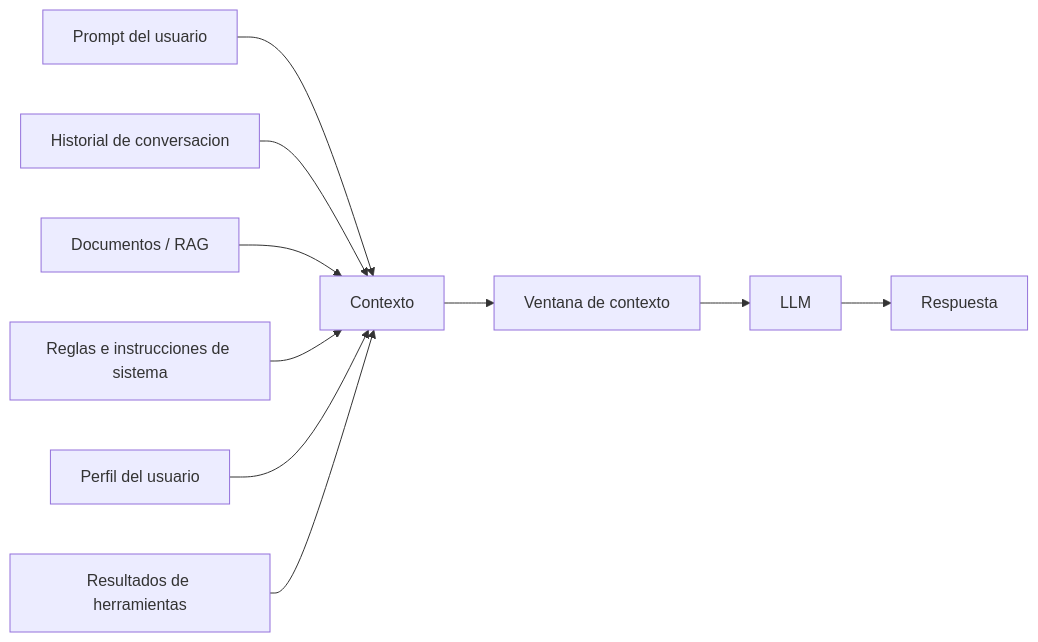
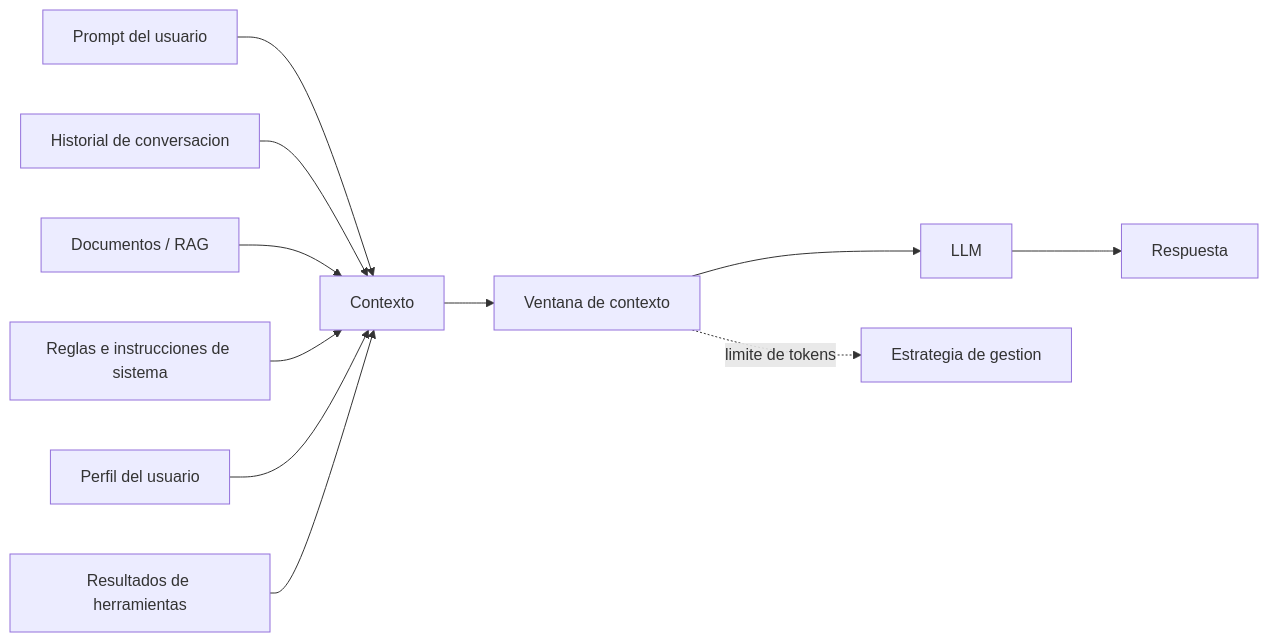
One commit to jjrosalesuci/ia changed the diagram in Conceptos/03-contexto.md. Above: the diagram before and after it, drawn with Mermaid. The commit also changed other lines of this file and 6 other files, not shown here.

````diff
--- a/Conceptos/03-contexto.md
+++ b/Conceptos/03-contexto.md
@@ -39,12 +109,13 @@
 ```mermaid
 flowchart LR
     P[Prompt del usuario] --> CTX[Contexto]
     HIST[Historial de conversacion] --> CTX
     DOCS[Documentos / RAG] --> CTX
     REGLAS[Reglas e instrucciones de sistema] --> CTX
     USR[Perfil del usuario] --> CTX
     TOOLS[Resultados de herramientas] --> CTX
     CTX --> WIN[Ventana de contexto]
     WIN --> LLM[LLM]
     LLM --> R[Respuesta]
+    WIN -.limite de tokens.-> TRUN[Estrategia de gestion]
 ```
````
